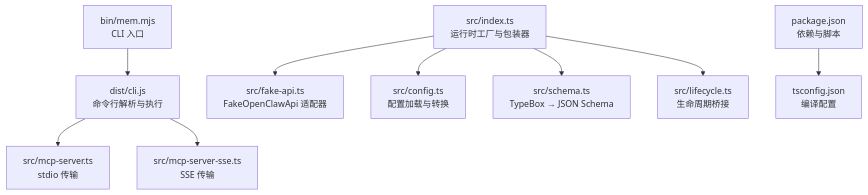
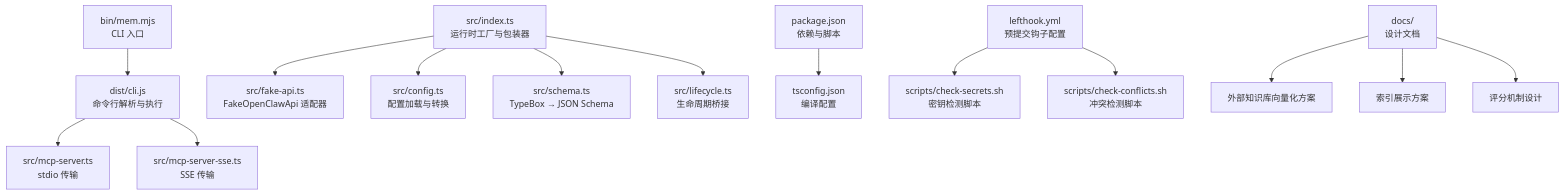
Before and after one commit to HACK-WU/memory-lancedb-mcp: the first of 8 diagrams in .qoder/repowiki/zh/content/开发者指南/开发者指南.md, drawn with Mermaid. The commit also changed other lines of this file and 17 other files, not shown here.

````diff
--- a/.qoder/repowiki/zh/content/开发者指南/开发者指南.md
+++ b/.qoder/repowiki/zh/content/开发者指南/开发者指南.md
@@ -45,11 +55,16 @@
 ```mermaid
 graph TB
 A["bin/mem.mjs<br/>CLI 入口"] --> B["dist/cli.js<br/>命令行解析与执行"]
 B --> C["src/mcp-server.ts<br/>stdio 传输"]
 B --> D["src/mcp-server-sse.ts<br/>SSE 传输"]
 E["src/index.ts<br/>运行时工厂与包装器"] --> F["src/fake-api.ts<br/>FakeOpenClawApi 适配器"]
 E --> G["src/config.ts<br/>配置加载与转换"]
 E --> H["src/schema.ts<br/>TypeBox → JSON Schema"]
 E --> I["src/lifecycle.ts<br/>生命周期桥接"]
 J["package.json<br/>依赖与脚本"] --> K["tsconfig.json<br/>编译配置"]
+L["lefthook.yml<br/>预提交钩子配置"] --> M["scripts/check-secrets.sh<br/>密钥检测脚本"]
+L --> N["scripts/check-conflicts.sh<br/>冲突检测脚本"]
+O["docs/<br/>设计文档"] --> P["外部知识库向量化方案"]
+O --> Q["索引展示方案"]
+O --> R["评分机制设计"]
 ```
````
